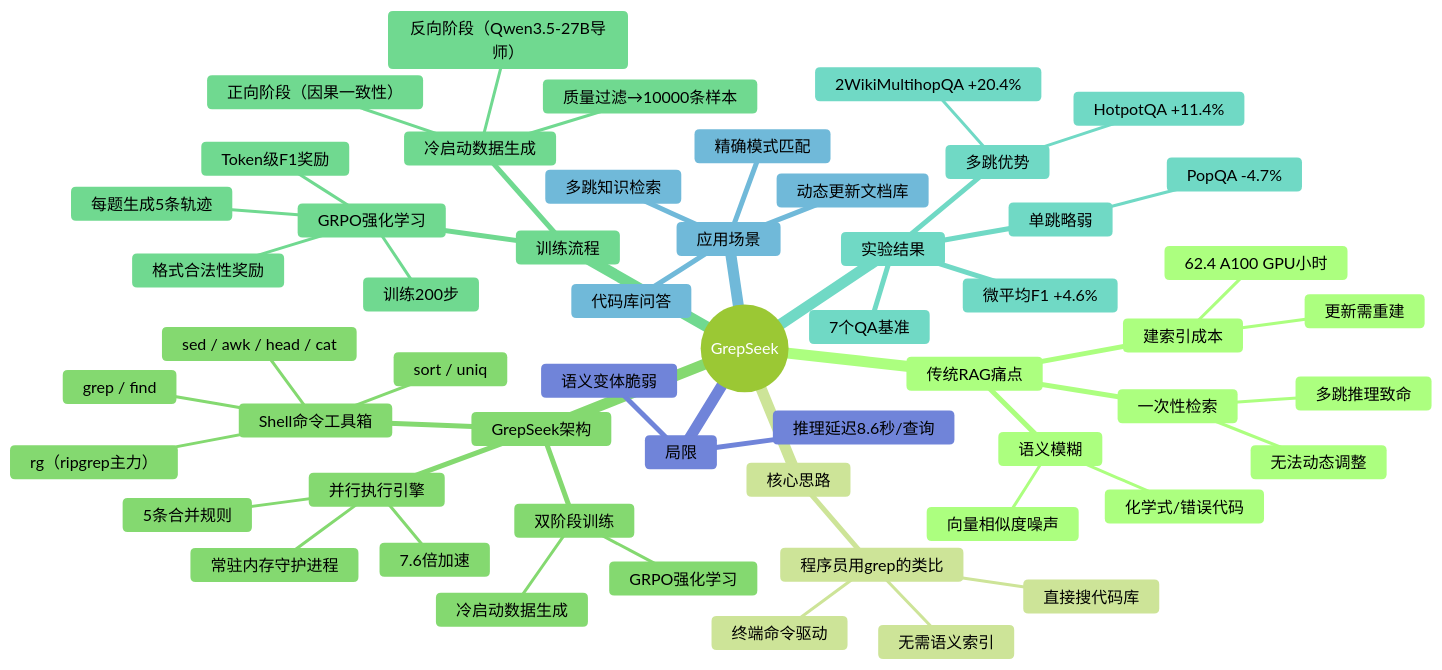
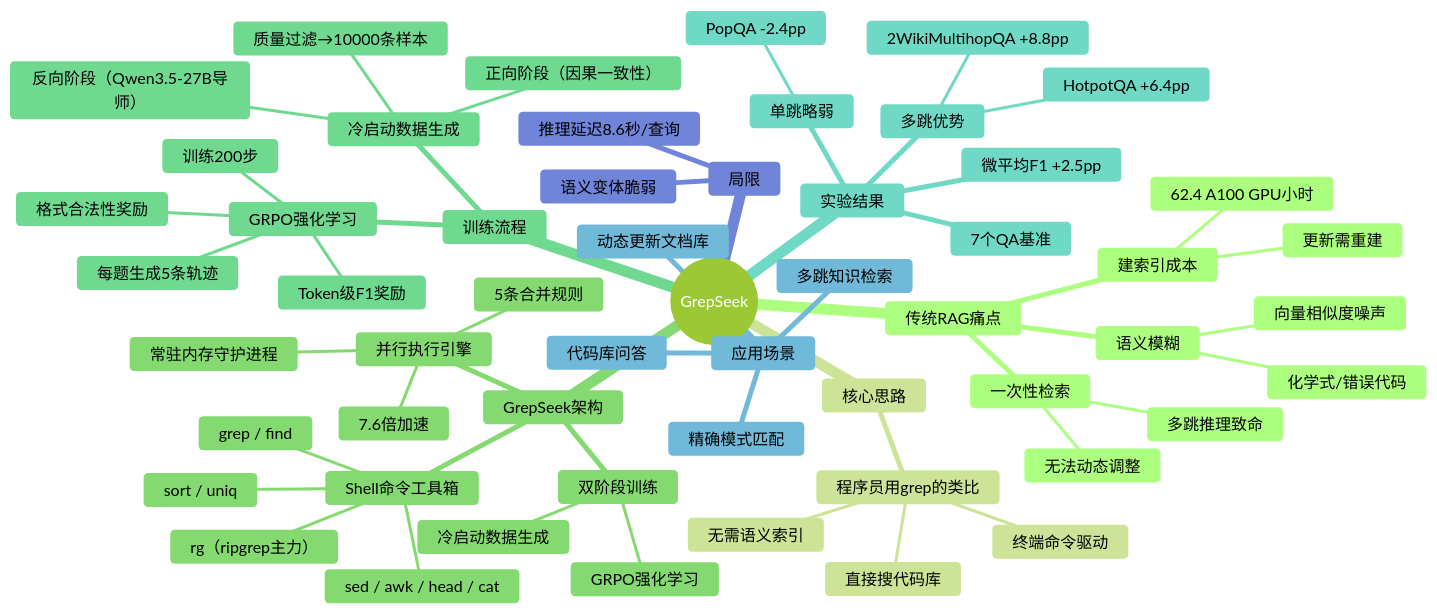
Before and after one commit to sudoghut/paper: the diagram in src/content/papers/2026-06-07-grepseek.md, drawn with Mermaid (forest theme). The commit also changed other lines of this file, not shown here.

````diff
--- a/src/content/papers/2026-06-07-grepseek.md
+++ b/src/content/papers/2026-06-07-grepseek.md
@@ -50,58 +52,58 @@
 ```mermaid
 mindmap
   root((GrepSeek))
     传统RAG痛点
       一次性检索
         无法动态调整
         多跳推理致命
       语义模糊
         化学式/错误代码
         向量相似度噪声
       建索引成本
         62.4 A100 GPU小时
         更新需重建
     核心思路
       程序员用grep的类比
         直接搜代码库
         无需语义索引
         终端命令驱动
     GrepSeek架构
       Shell命令工具箱
         rg（ripgrep主力）
         grep / find
         sed / awk / head / cat
         sort / uniq
       双阶段训练
         冷启动数据生成
         GRPO强化学习
       并行执行引擎
         7.6倍加速
         5条合并规则
         常驻内存守护进程
     训练流程
       冷启动数据生成
         反向阶段（Qwen3.5-27B导师）
         正向阶段（因果一致性）
         质量过滤→10000条样本
       GRPO强化学习
         每题生成5条轨迹
         格式合法性奖励
         Token级F1奖励
         训练200步
     实验结果
       7个QA基准
       多跳优势
-        HotpotQA +11.4%
-        2WikiMultihopQA +20.4%
+        HotpotQA +6.4pp
+        2WikiMultihopQA +8.8pp
       单跳略弱
-        PopQA -4.7%
-      微平均F1 +4.6%
+        PopQA -2.4pp
+      微平均F1 +2.5pp
     应用场景
       代码库问答
       多跳知识检索
       精确模式匹配
       动态更新文档库
     局限
       推理延迟8.6秒/查询
       语义变体脆弱
 ```
````
